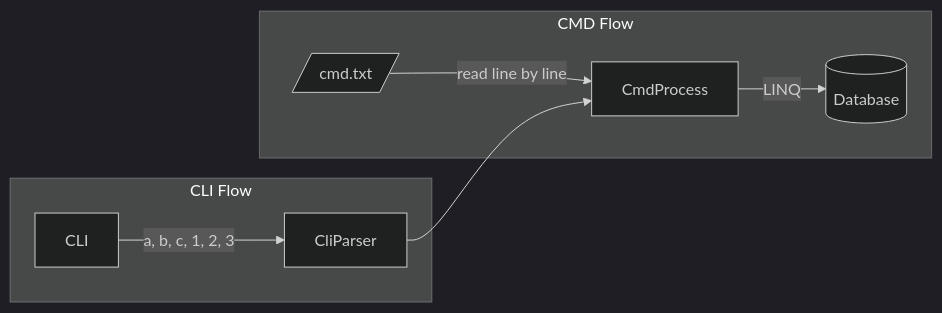
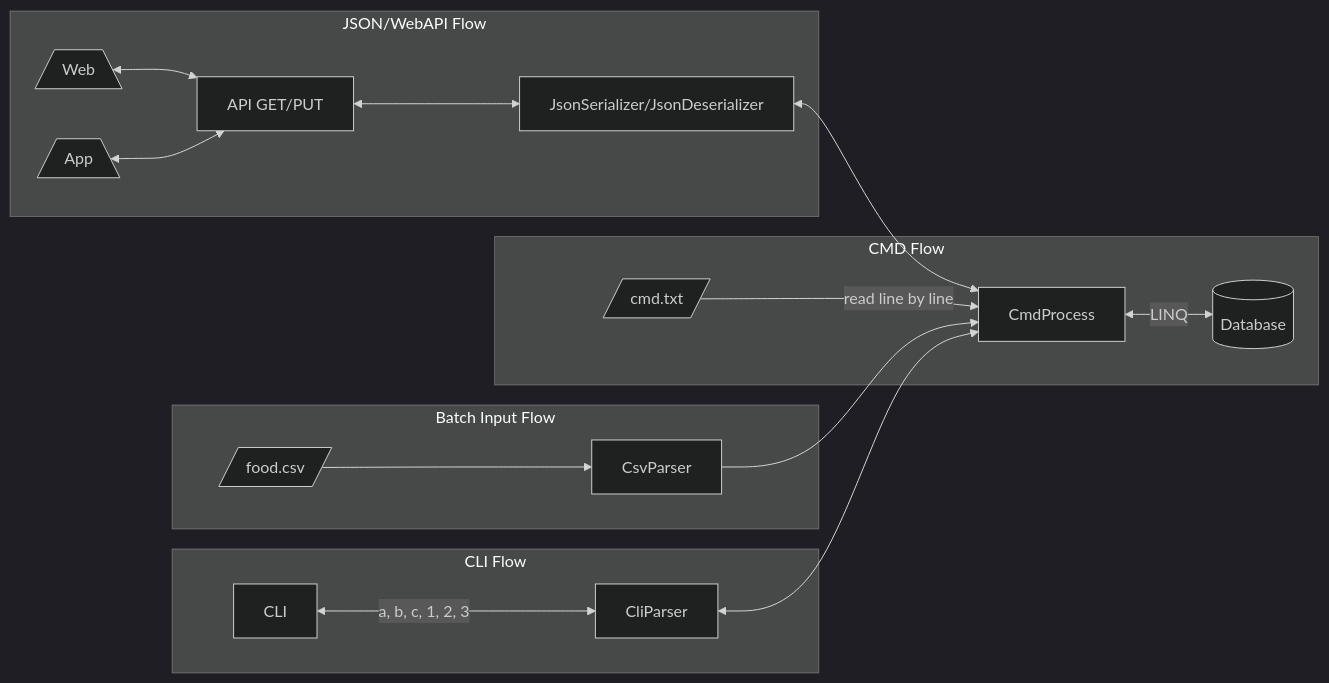
The diagram in 201_samples/doc/Food_Demo_Prog.md (9health/00-dotnet-tutorial), drawn with Mermaid (dark theme) before and after one commit.

Commit message:
Add JSON/Web API flow and batch input flow

````diff
--- a/201_samples/doc/Food_Demo_Prog.md
+++ b/201_samples/doc/Food_Demo_Prog.md
@@ -87,9 +87,17 @@
 ```mermaid
-  graph LR;
+  flowchart LR;
     subgraph CMD Flow
-      CMD_TXT[/cmd.txt/] --> |read line by line| CMD_PROC[CmdProcess] --> |LINQ| Database[(Database)];
+      CMD_TXT[/cmd.txt/] --> |read line by line| CMD_PROC[CmdProcess] <--> |LINQ| Database[(Database)];
     end
     subgraph CLI Flow
-      CLI --> |a, b, c, 1, 2, 3| CLI_PARSER[CliParser] --> CMD_PROC[CmdProcess];      
+      CLI <--> |a, b, c, 1, 2, 3| CLI_PARSER[CliParser] <--> CMD_PROC[CmdProcess];
+    end
+    subgraph Batch Input Flow
+      FOOD_CSV[/food.csv/] --> CSV_PARSER[CsvParser] --> CMD_PROC[CmdProcess];
+    end
+    subgraph JSON/WebAPI Flow
+      FROM_WEB[/Web\] <--> API
+      FROM_APP[/App\] <--> API      
+      API[API GET/PUT] <--> JSON_PROC[JsonSerializer/JsonDeserializer] <--> CMD_PROC[CmdProcess];
     end
 ```
````
